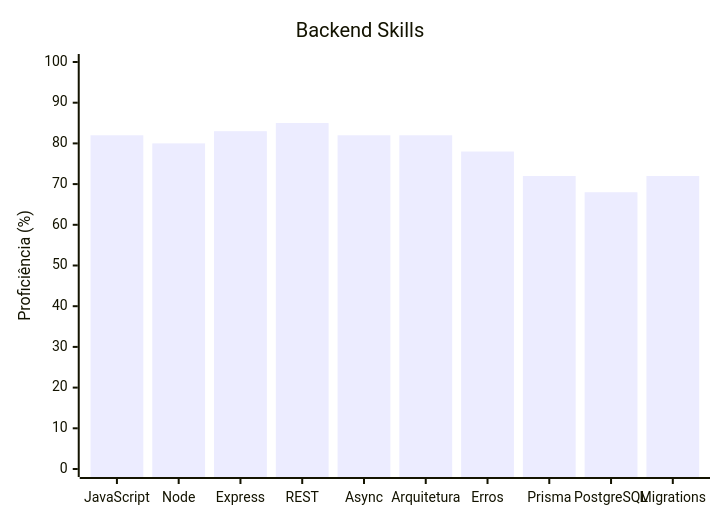
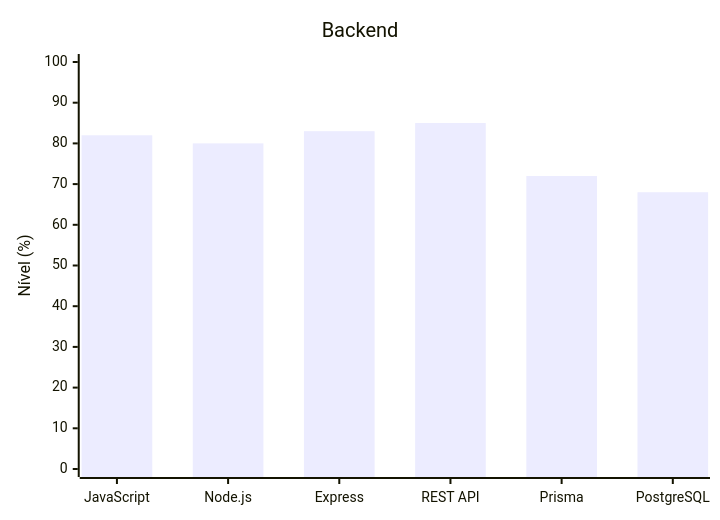
The first of 2 diagrams in README.md (PedrinSX77/PedrinSX77), drawn with Mermaid before and after one commit. The commit also changed other lines of this file, not shown here.

````diff
--- a/README.md
+++ b/README.md
@@ -66,7 +66,7 @@
 ```mermaid
 xychart-beta
-    title "Backend Skills"
-    x-axis ["JavaScript", "Node", "Express", "REST", "Async", "Arquitetura", "Erros", "Prisma", "PostgreSQL", "Migrations"]
-    y-axis "Proficiência (%)" 0 --> 100
-    bar [82, 80, 83, 85, 82, 82, 78, 72, 68, 72]
+    title "Backend"
+    x-axis ["JavaScript", "Node.js", "Express", "REST API", "Prisma", "PostgreSQL"]
+    y-axis "Nível (%)" 0 --> 100
+    bar [82, 80, 83, 85, 72, 68]
 ```
````
